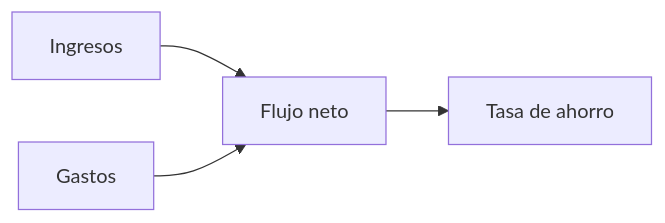
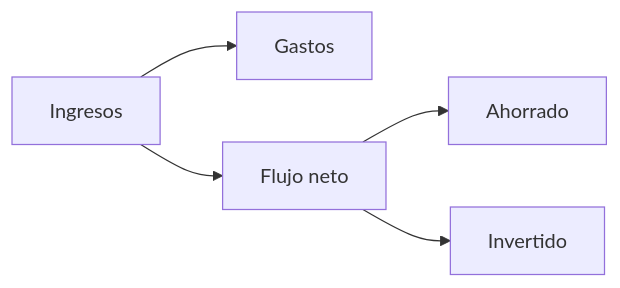
The diagram in resources/docs/documentation/40-analysis/10-cashflow-es.md (whisper-money/whisper-money), drawn with Mermaid before and after one commit. The commit also changed 36 other files, not shown here.

````diff
--- a/resources/docs/documentation/40-analysis/10-cashflow-es.md
+++ b/resources/docs/documentation/40-analysis/10-cashflow-es.md
@@ -17,6 +17,8 @@
 ```mermaid
 flowchart LR
-    income[Ingresos] --> net[Flujo neto]
-    expenses[Gastos] --> net
-    net --> savings[Tasa de ahorro]
+    %% diagram: cashflow-sankey-es
+    income[Ingresos] --> expenses[Gastos]
+    income --> net[Flujo neto]
+    net --> saved[Ahorrado]
+    net --> invested[Invertido]
 ```
````
